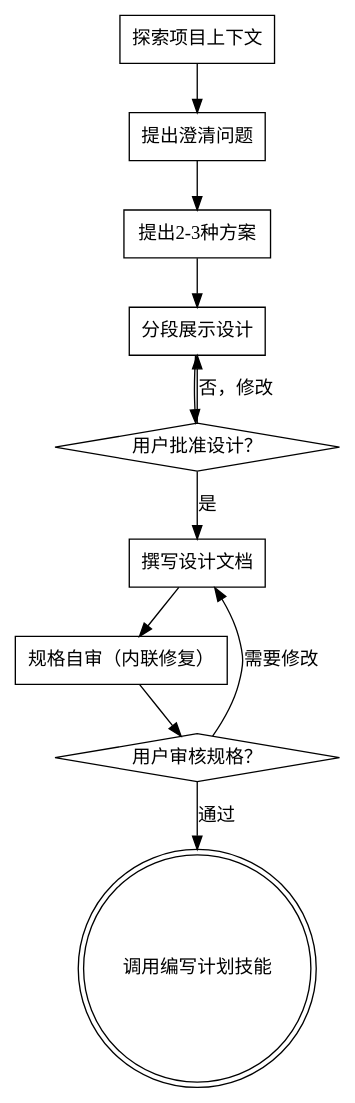
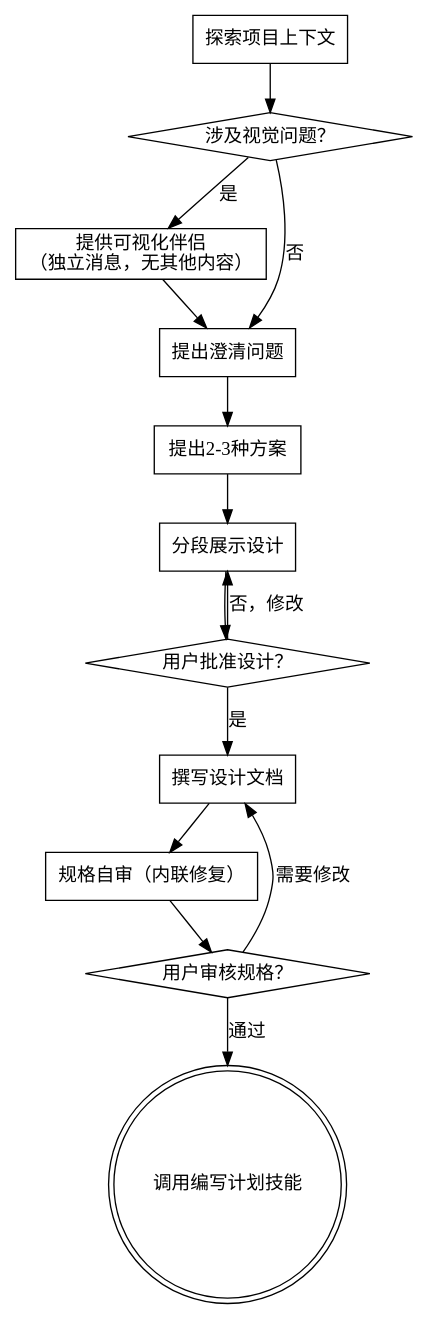
Before and after one commit to chenaojun2/ccpowers: the diagram in skills/brainstorming/SKILL.md, drawn with Graphviz. The commit also changed other lines of this file and 15 other files, not shown here.

````diff
--- a/skills/brainstorming/SKILL.md
+++ b/skills/brainstorming/SKILL.md
@@ -35,24 +36,29 @@
 ```dot
 digraph brainstorming {
     "探索项目上下文" [shape=box];
+    "涉及视觉问题？" [shape=diamond];
+    "提供可视化伴侣\n（独立消息，无其他内容）" [shape=box];
     "提出澄清问题" [shape=box];
     "提出2-3种方案" [shape=box];
     "分段展示设计" [shape=box];
     "用户批准设计？" [shape=diamond];
     "撰写设计文档" [shape=box];
     "规格自审（内联修复）" [shape=box];
     "用户审核规格？" [shape=diamond];
     "调用编写计划技能" [shape=doublecircle];
 
-    "探索项目上下文" -> "提出澄清问题";
+    "探索项目上下文" -> "涉及视觉问题？";
+    "涉及视觉问题？" -> "提供可视化伴侣\n（独立消息，无其他内容）" [label="是"];
+    "涉及视觉问题？" -> "提出澄清问题" [label="否"];
+    "提供可视化伴侣\n（独立消息，无其他内容）" -> "提出澄清问题";
     "提出澄清问题" -> "提出2-3种方案";
     "提出2-3种方案" -> "分段展示设计";
     "分段展示设计" -> "用户批准设计？";
     "用户批准设计？" -> "分段展示设计" [label="否，修改"];
     "用户批准设计？" -> "撰写设计文档" [label="是"];
     "撰写设计文档" -> "规格自审（内联修复）";
     "规格自审（内联修复）" -> "用户审核规格？";
     "用户审核规格？" -> "撰写设计文档" [label="需要修改"];
     "用户审核规格？" -> "调用编写计划技能" [label="通过"];
 }
 ```
````
